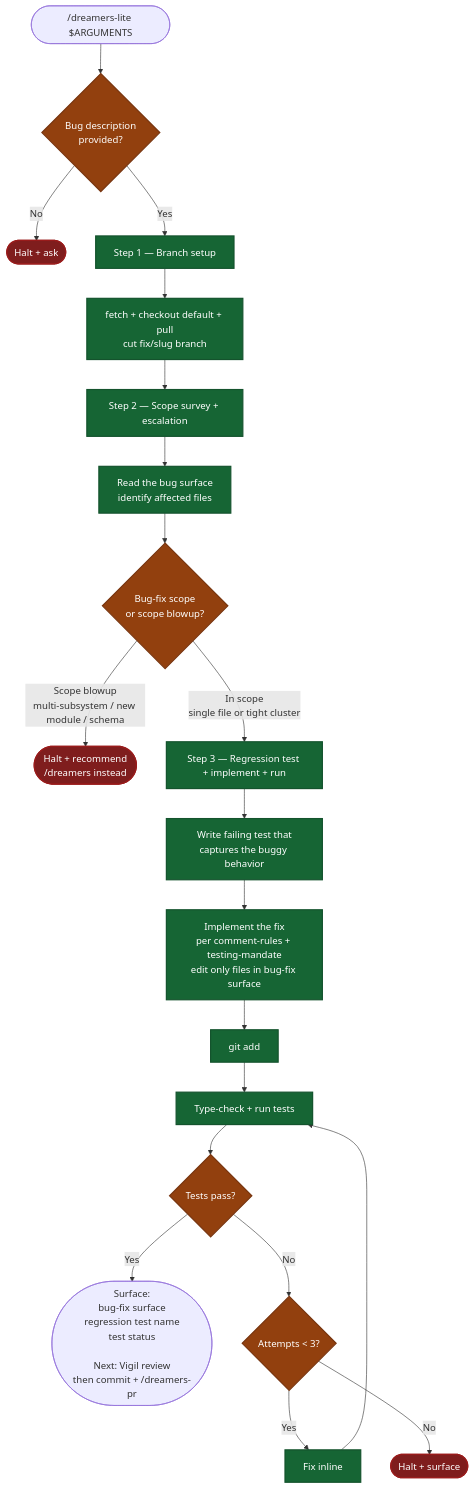
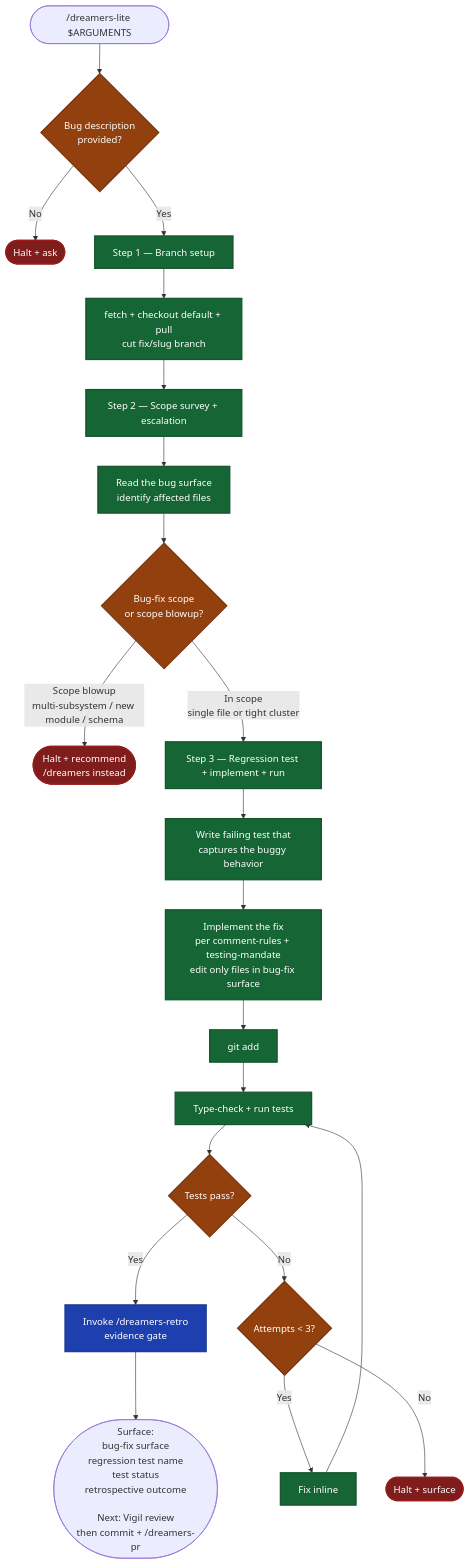
Before and after one commit to mrStorrs/dreamers-copilot: the diagram in .github/skills/dreamers-lite/readme.md, drawn with Mermaid. The commit also changed other lines of this file and 12 other files, not shown here.

First line of the commit message:
feat: add evidence-gated dreamers retro

````diff
--- a/.github/skills/dreamers-lite/readme.md
+++ b/.github/skills/dreamers-lite/readme.md
@@ -5,33 +5,36 @@
 ```mermaid
 flowchart TD
     Start(["/dreamers-lite $ARGUMENTS"]) --> ArgCheck{"Bug description<br/>provided?"}
     ArgCheck -->|No| HaltA(["Halt + ask"])
     ArgCheck -->|Yes| S1
 
     S1["Step 1 — Branch setup"] --> Branch["fetch + checkout default + pull<br/>cut fix/slug branch"]
     Branch --> S2
 
     S2["Step 2 — Scope survey + escalation"] --> Survey["Read the bug surface<br/>identify affected files"]
     Survey --> ScopeCheck{"Bug-fix scope<br/>or scope blowup?"}
     ScopeCheck -->|"Scope blowup<br/>multi-subsystem / new module / schema"| HaltB(["Halt + recommend<br/>/dreamers instead"])
     ScopeCheck -->|"In scope<br/>single file or tight cluster"| S3
 
     S3["Step 3 — Regression test + implement + run"] --> WriteTest["Write failing test that<br/>captures the buggy behavior"]
     WriteTest --> Implement["Implement the fix<br/>per comment-rules + testing-mandate<br/>edit only files in bug-fix surface"]
     Implement --> Stage["git add"]
     Stage --> RunTests["Type-check + run tests"]
     RunTests --> TestResult{"Tests pass?"}
-    TestResult -->|Yes| End(["Surface:<br/>bug-fix surface<br/>regression test name<br/>test status<br/><br/>Next: Vigil review<br/>then commit + /dreamers-pr"])
+    TestResult -->|Yes| Retro["Invoke /dreamers-retro<br/>evidence gate"]
+    Retro --> End(["Surface:<br/>bug-fix surface<br/>regression test name<br/>test status<br/>retrospective outcome<br/><br/>Next: Vigil review<br/>then commit + /dreamers-pr"])
     TestResult -->|No| AttemptCheck{"Attempts < 3?"}
     AttemptCheck -->|Yes| FixInline["Fix inline"]
     FixInline --> RunTests
     AttemptCheck -->|No| HaltC(["Halt + surface"])
 
+    classDef skill fill:#1e40af,stroke:#1e3a8a,stroke-width:2px,color:#fff
     classDef gate fill:#92400e,stroke:#78350f,stroke-width:2px,color:#fff
     classDef halt fill:#7f1d1d,stroke:#991b1b,stroke-width:2px,color:#fff
     classDef phase fill:#166534,stroke:#14532d,stroke-width:2px,color:#fff
 
     class ArgCheck,ScopeCheck,TestResult,AttemptCheck gate
     class HaltA,HaltB,HaltC halt
+    class Retro skill
     class S1,S2,S3,Branch,Survey,WriteTest,Implement,Stage,RunTests,FixInline phase
 ```
````
